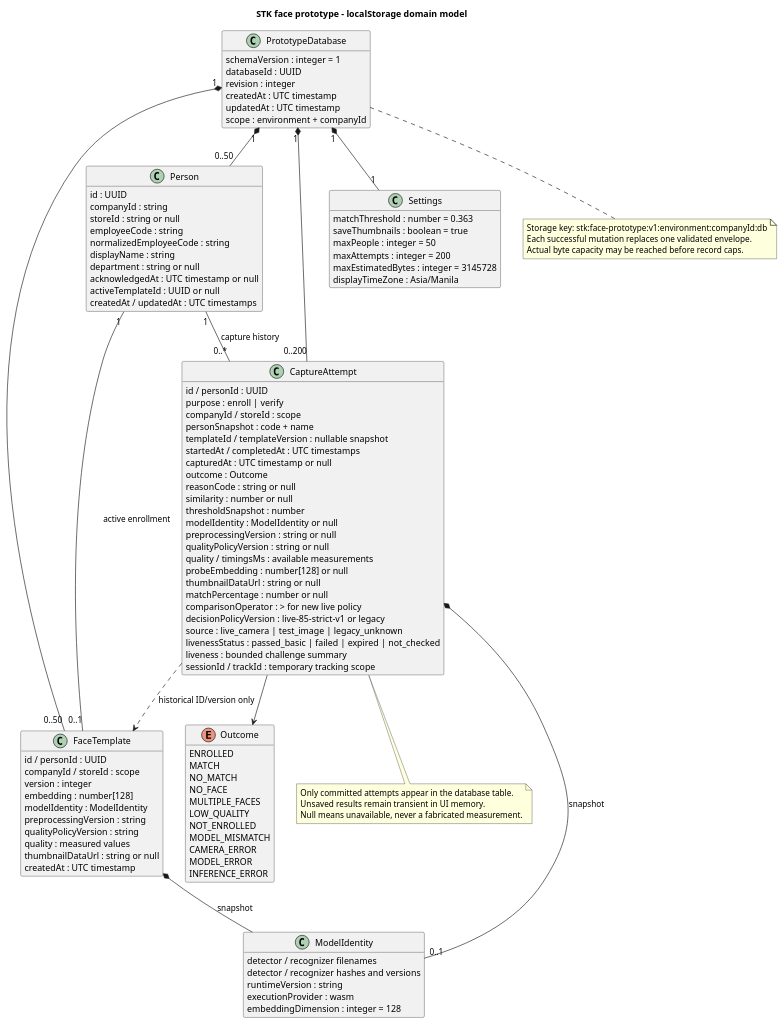
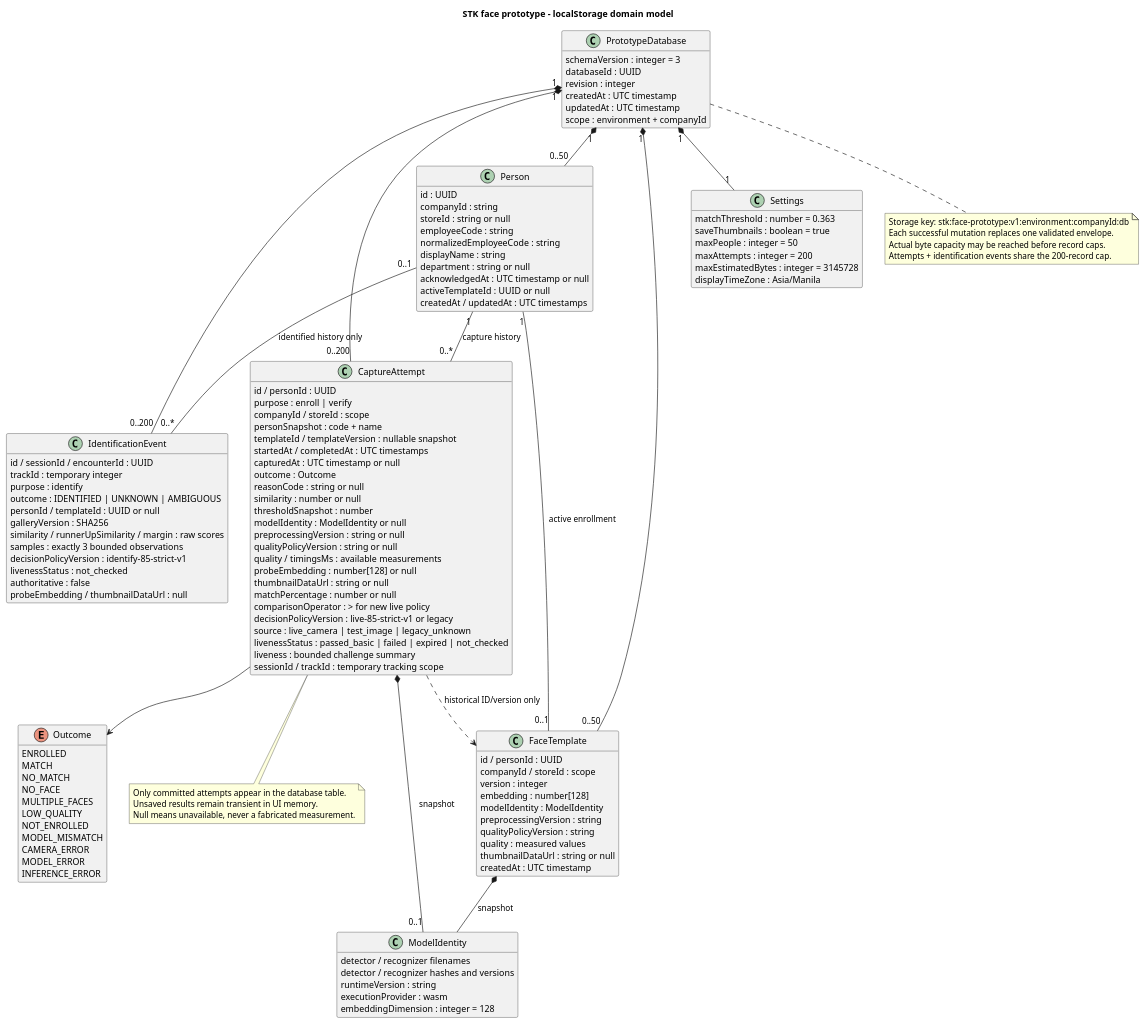
The second of 8 diagrams in docs/STK_FACE_RECOGNITION_PROTOTYPE_UML.puml (pixelDigitTony/face-recog-prototype), drawn with PlantUML before and after one commit. The commit also changed other lines of this file and 40 other files, not shown here.

```diff
--- a/docs/STK_FACE_RECOGNITION_PROTOTYPE_UML.puml
+++ b/docs/STK_FACE_RECOGNITION_PROTOTYPE_UML.puml
@@ -82,122 +87,140 @@
 @startuml stk_face_prototype_domain
 title STK face prototype - localStorage domain model
 hide methods
 skinparam classAttributeIconSize 0
 skinparam shadowing false
 
 class PrototypeDatabase {
-  schemaVersion : integer = 1
+  schemaVersion : integer = 3
   databaseId : UUID
   revision : integer
   createdAt : UTC timestamp
   updatedAt : UTC timestamp
   scope : environment + companyId
 }
 
 class Person {
   id : UUID
   companyId : string
   storeId : string or null
   employeeCode : string
   normalizedEmployeeCode : string
   displayName : string
   department : string or null
   acknowledgedAt : UTC timestamp or null
   activeTemplateId : UUID or null
   createdAt / updatedAt : UTC timestamps
+}
+
+class IdentificationEvent {
+  id / sessionId / encounterId : UUID
+  trackId : temporary integer
+  purpose : identify
+  outcome : IDENTIFIED | UNKNOWN | AMBIGUOUS
+  personId / templateId : UUID or null
+  galleryVersion : SHA256
+  similarity / runnerUpSimilarity / margin : raw scores
+  samples : exactly 3 bounded observations
+  decisionPolicyVersion : identify-85-strict-v1
+  livenessStatus : not_checked
+  authoritative : false
+  probeEmbedding / thumbnailDataUrl : null
 }
 
 class FaceTemplate {
   id / personId : UUID
   companyId / storeId : scope
   version : integer
   embedding : number[128]
   modelIdentity : ModelIdentity
   preprocessingVersion : string
   qualityPolicyVersion : string
   quality : measured values
   thumbnailDataUrl : string or null
   createdAt : UTC timestamp
 }
 
 class CaptureAttempt {
   id / personId : UUID
   purpose : enroll | verify
   companyId / storeId : scope
   personSnapshot : code + name
   templateId / templateVersion : nullable snapshot
   startedAt / completedAt : UTC timestamps
   capturedAt : UTC timestamp or null
   outcome : Outcome
   reasonCode : string or null
   similarity : number or null
   thresholdSnapshot : number
   modelIdentity : ModelIdentity or null
   preprocessingVersion : string or null
   qualityPolicyVersion : string or null
   quality / timingsMs : available measurements
   probeEmbedding : number[128] or null
   thumbnailDataUrl : string or null
   matchPercentage : number or null
   comparisonOperator : > for new live policy
   decisionPolicyVersion : live-85-strict-v1 or legacy
   source : live_camera | test_image | legacy_unknown
   livenessStatus : passed_basic | failed | expired | not_checked
   liveness : bounded challenge summary
   sessionId / trackId : temporary tracking scope
 }
 
 class ModelIdentity {
   detector / recognizer filenames
   detector / recognizer hashes and versions
   runtimeVersion : string
   executionProvider : wasm
   embeddingDimension : integer = 128
 }
 
 class Settings {
   matchThreshold : number = 0.363
   saveThumbnails : boolean = true
   maxPeople : integer = 50
   maxAttempts : integer = 200
   maxEstimatedBytes : integer = 3145728
   displayTimeZone : Asia/Manila
 }
 
 enum Outcome {
   ENROLLED
   MATCH
   NO_MATCH
   NO_FACE
   MULTIPLE_FACES
   LOW_QUALITY
   NOT_ENROLLED
   MODEL_MISMATCH
   CAMERA_ERROR
   MODEL_ERROR
   INFERENCE_ERROR
 }
 
 PrototypeDatabase "1" *-- "0..50" Person
 PrototypeDatabase "1" *-- "0..50" FaceTemplate
 PrototypeDatabase "1" *-- "0..200" CaptureAttempt
+PrototypeDatabase "1" *-- "0..200" IdentificationEvent
+Person "0..1" -- "0..*" IdentificationEvent : identified history only
 PrototypeDatabase "1" *-- "1" Settings
 Person "1" -- "0..1" FaceTemplate : active enrollment
 Person "1" -- "0..*" CaptureAttempt : capture history
 FaceTemplate *-- ModelIdentity : snapshot
 CaptureAttempt *-- "0..1" ModelIdentity : snapshot
 CaptureAttempt --> Outcome
 CaptureAttempt ..> FaceTemplate : historical ID/version only
 
 note bottom of PrototypeDatabase
   Storage key: stk:face-prototype:v1:environment:companyId:db
   Each successful mutation replaces one validated envelope.
   Actual byte capacity may be reached before record caps.
+  Attempts + identification events share the 200-record cap.
 end note
 
 note bottom of CaptureAttempt
   Only committed attempts appear in the database table.
   Unsaved results remain transient in UI memory.
   Null means unavailable, never a fabricated measurement.
 end note
 @enduml
```
